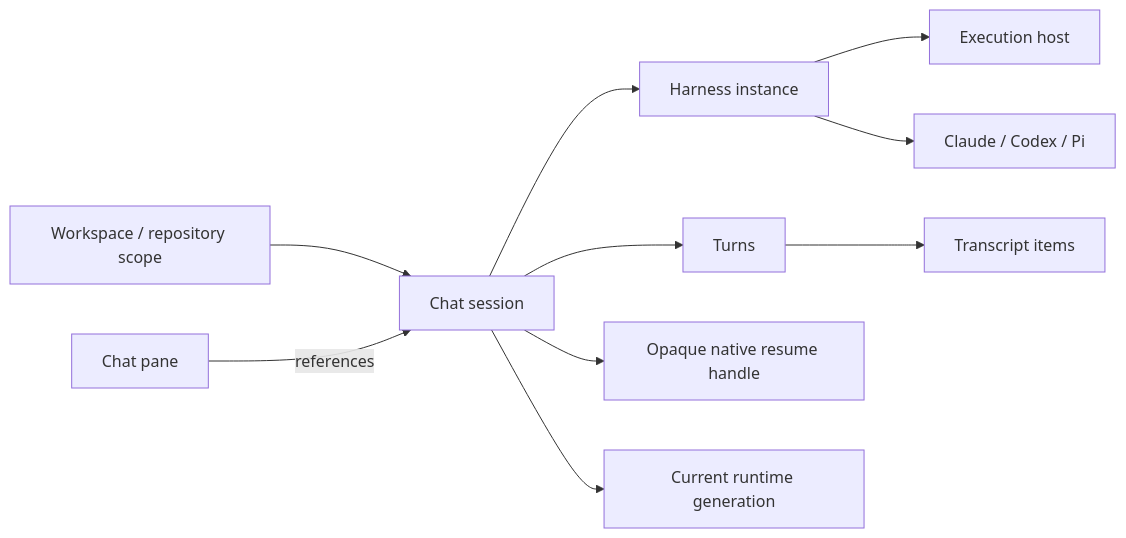
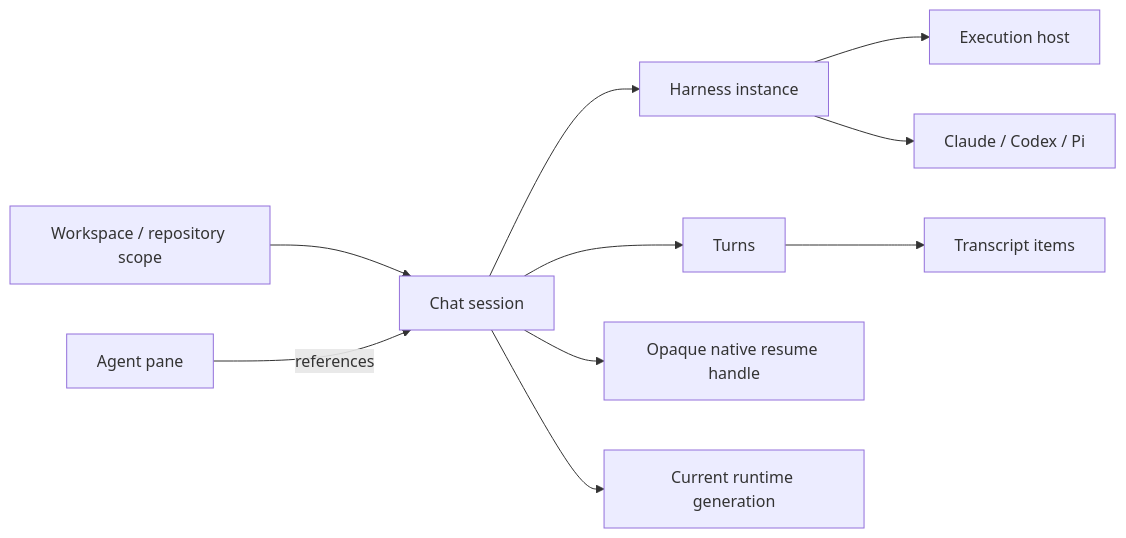
One commit to Shad02w/cerebro changed the second of 10 diagrams in docs/agent-chat-plan.md. Above: the diagram before and after it, drawn with Mermaid. The commit also changed other lines of this file and 3 other files, not shown here.

First line of the commit message:
Rename leftover chat pane wording to agent pane.

````diff
--- a/docs/agent-chat-plan.md
+++ b/docs/agent-chat-plan.md
@@ -93,12 +93,12 @@
 ```mermaid
 flowchart LR
     Workspace[Workspace / repository scope] --> Session[Chat session]
-    Pane[Chat pane] -->|references| Session
+    Pane[Agent pane] -->|references| Session
     Session --> Instance[Harness instance]
     Instance --> Host[Execution host]
     Instance --> Harness[Claude / Codex / Pi]
     Session --> Turns[Turns]
     Turns --> Items[Transcript items]
     Session --> Resume[Opaque native resume handle]
     Session --> Runtime[Current runtime generation]
 ```
````
